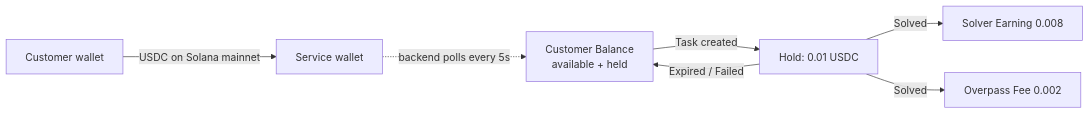
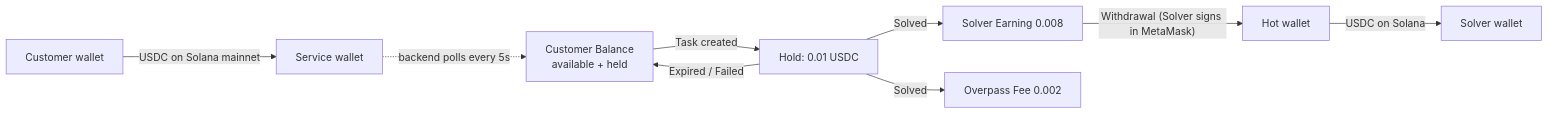
One commit to yuchia329/overpass changed the third of 5 diagrams in README.md. Above: the diagram before and after it, drawn with Mermaid. The commit also changed other lines of this file and 12 other files, not shown here.

````diff
--- a/README.md
+++ b/README.md
@@ -120,9 +120,11 @@
 ```mermaid
 flowchart LR
     W[Customer wallet] -- "USDC on Solana mainnet" --> SW[Service wallet]
     SW -. "backend polls every 5s" .-> BAL[Customer Balance<br/>available + held]
     BAL -- "Task created" --> H[Hold: 0.01 USDC]
     H -- Solved --> E[Solver Earning 0.008]
     H -- Solved --> F[Overpass Fee 0.002]
     H -- "Expired / Failed" --> BAL
+    E -- "Withdrawal (Solver signs in MetaMask)" --> HW[Hot wallet]
+    HW -- "USDC on Solana" --> SOL[Solver wallet]
 ```
````
